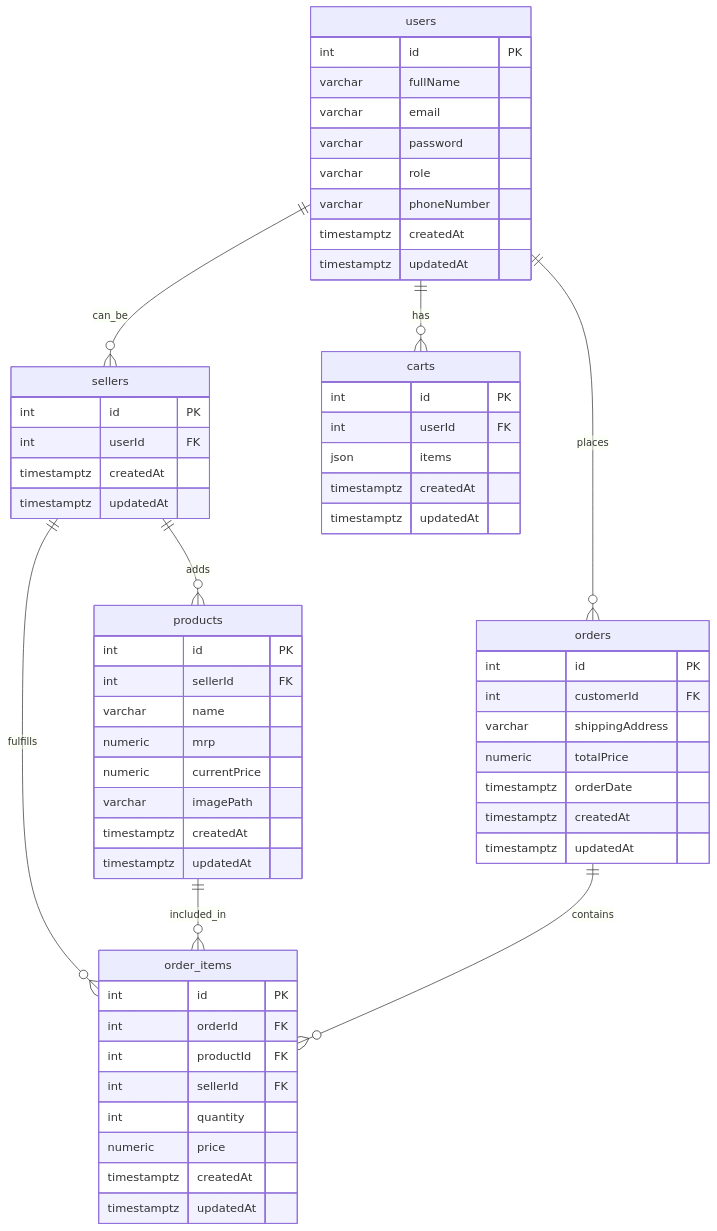
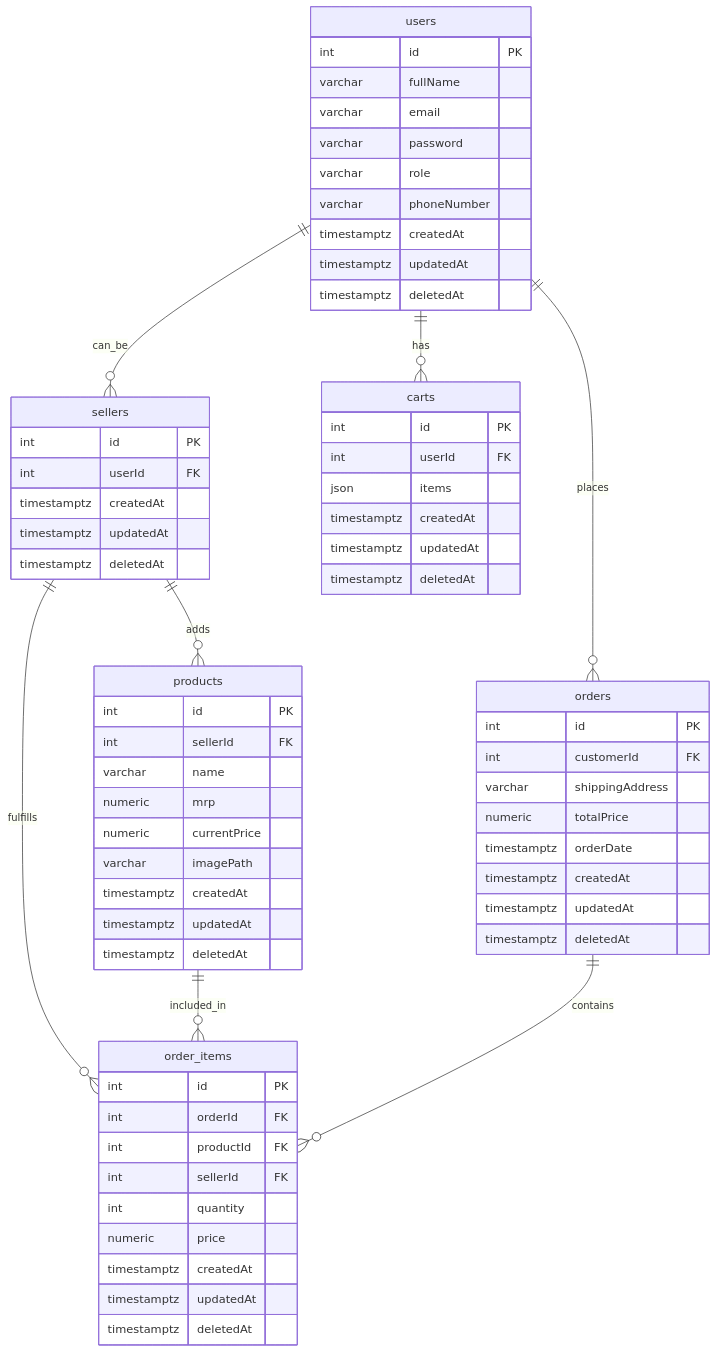
One commit to lovish-ab/grocery_delivery_docs changed the diagram in docs/schema_design.md. Above: the diagram before and after it, drawn with Mermaid. The commit also changed other lines of this file, not shown here.

````diff
--- a/docs/schema_design.md
+++ b/docs/schema_design.md
@@ -1,72 +1,78 @@
 ```mermaid
 erDiagram
 
     users {
         int id PK
         varchar fullName
         varchar email
         varchar password
         varchar role
         varchar phoneNumber
         timestamptz createdAt
         timestamptz updatedAt
+        timestamptz deletedAt
     }
 
     sellers {
         int id PK
         int userId FK
         timestamptz createdAt
         timestamptz updatedAt
+        timestamptz deletedAt
     }
 
     products {
         int id PK
         int sellerId FK
         varchar name
         numeric mrp
         numeric currentPrice
         varchar imagePath
         timestamptz createdAt
         timestamptz updatedAt
+        timestamptz deletedAt
     }
 
     carts {
         int id PK
         int userId FK
         json items
         timestamptz createdAt
         timestamptz updatedAt
+        timestamptz deletedAt
     }
 
     orders {
         int id PK
         int customerId FK
         varchar shippingAddress
         numeric totalPrice
         timestamptz orderDate
         timestamptz createdAt
         timestamptz updatedAt
+        timestamptz deletedAt
     }
 
     order_items {
         int id PK
         int orderId FK
         int productId FK
         int sellerId FK
         int quantity
         numeric price
         timestamptz createdAt
         timestamptz updatedAt
+        timestamptz deletedAt
     }
 
     %% relationships
     users ||--o{ sellers : "can_be"
     users ||--o{ carts : "has"
     users ||--o{ orders : "places"
 
     sellers ||--o{ products : "adds"
     sellers ||--o{ order_items : "fulfills"
 
     products ||--o{ order_items : "included_in"
     orders ||--o{ order_items : "contains"
 ```
````
